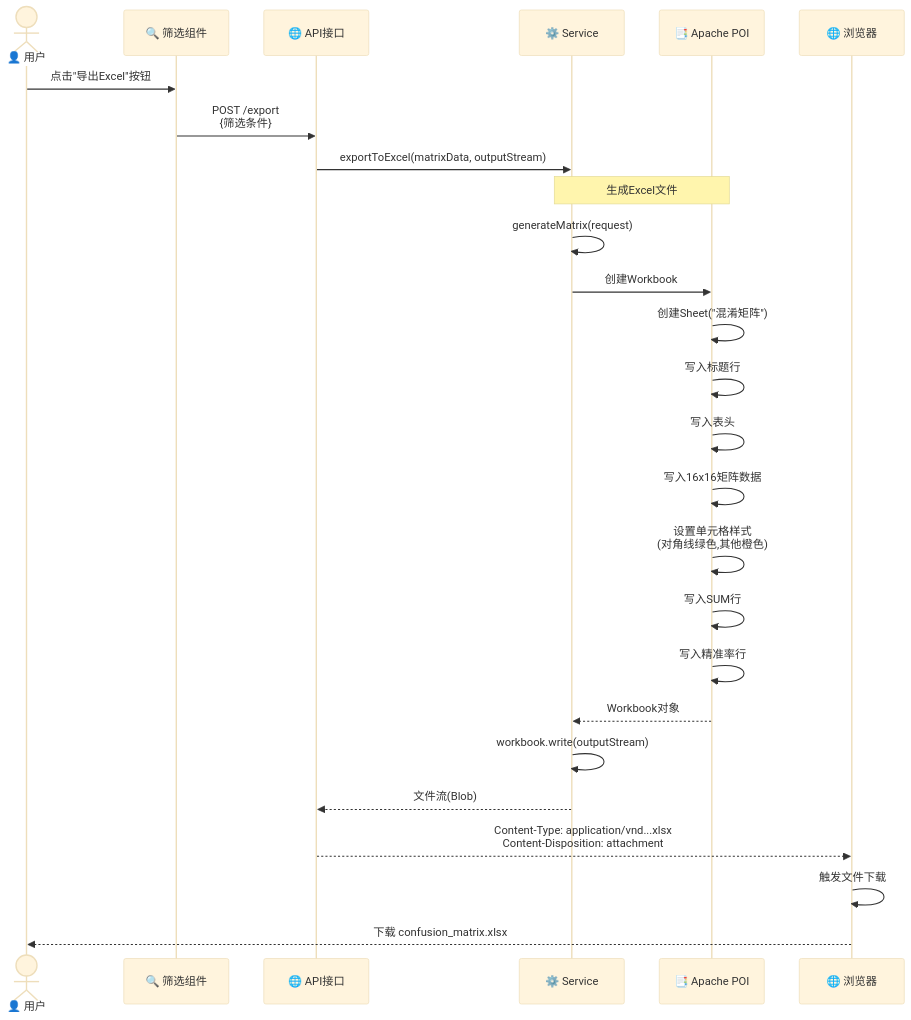
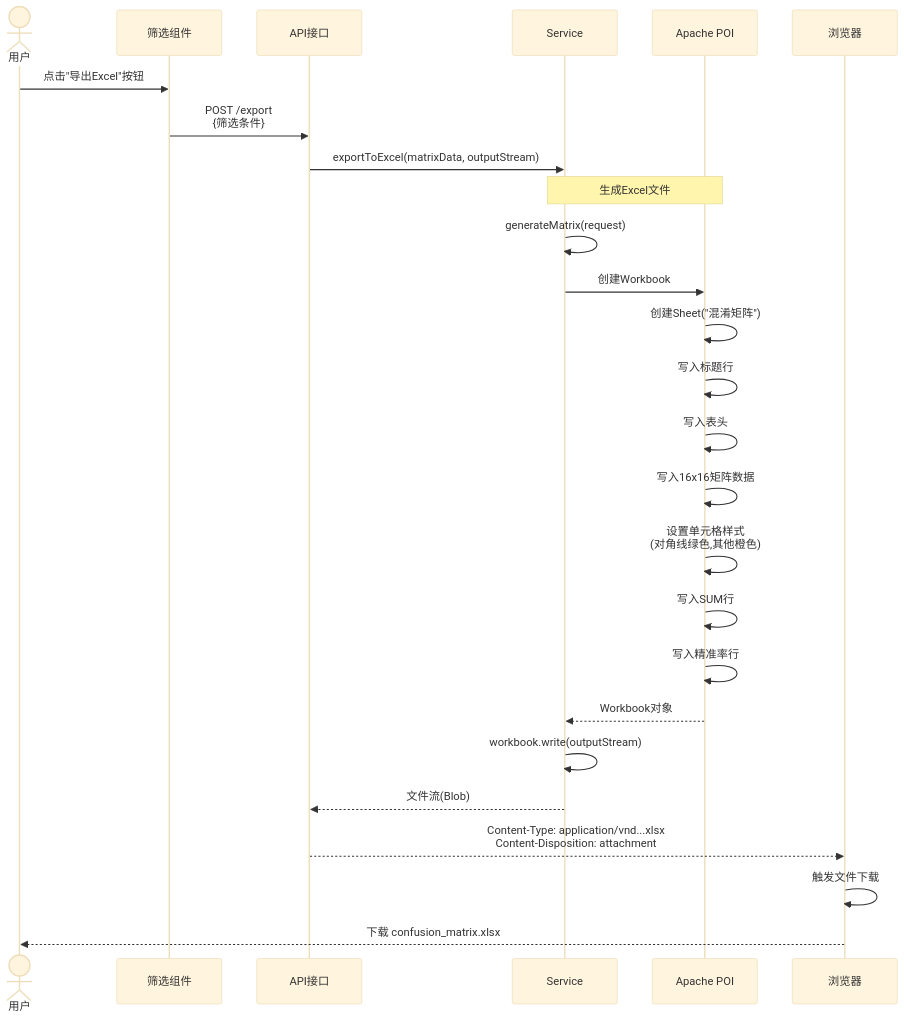
The fourth of 11 diagrams in classification-confusion-matrix-system/docs/05-完整架构图.md (githubstudycloud/gi002), drawn with Mermaid (base theme) before and after one commit. The commit also changed other lines of this file, not shown here.

First line of the commit message:
Fix all Mermaid diagrams for better compatibility

````diff
--- a/classification-confusion-matrix-system/docs/05-完整架构图.md
+++ b/classification-confusion-matrix-system/docs/05-完整架构图.md
@@ -145,33 +145,33 @@
 ```mermaid
 sequenceDiagram
-    actor User as 👤 用户
-    participant Filter as 🔍 筛选组件
-    participant API as 🌐 API接口
-    participant Service as ⚙️ Service
-    participant POI as 📑 Apache POI
-    participant Browser as 🌐 浏览器
+    actor User as 用户
+    participant Filter as 筛选组件
+    participant API as API接口
+    participant Service as Service
+    participant POI as Apache POI
+    participant Browser as 浏览器
 
     User->>Filter: 点击"导出Excel"按钮
     Filter->>API: POST /export<br/>{筛选条件}
     API->>Service: exportToExcel(matrixData, outputStream)
 
     Note over Service,POI: 生成Excel文件
 
     Service->>Service: generateMatrix(request)
     Service->>POI: 创建Workbook
     POI->>POI: 创建Sheet("混淆矩阵")
     POI->>POI: 写入标题行
     POI->>POI: 写入表头
     POI->>POI: 写入16x16矩阵数据
     POI->>POI: 设置单元格样式<br/>(对角线绿色,其他橙色)
     POI->>POI: 写入SUM行
     POI->>POI: 写入精准率行
     POI-->>Service: Workbook对象
 
     Service->>Service: workbook.write(outputStream)
     Service-->>API: 文件流(Blob)
 
     API-->>Browser: Content-Type: application/vnd...xlsx<br/>Content-Disposition: attachment
     Browser->>Browser: 触发文件下载
     Browser-->>User: 下载 confusion_matrix.xlsx
 ```
````
